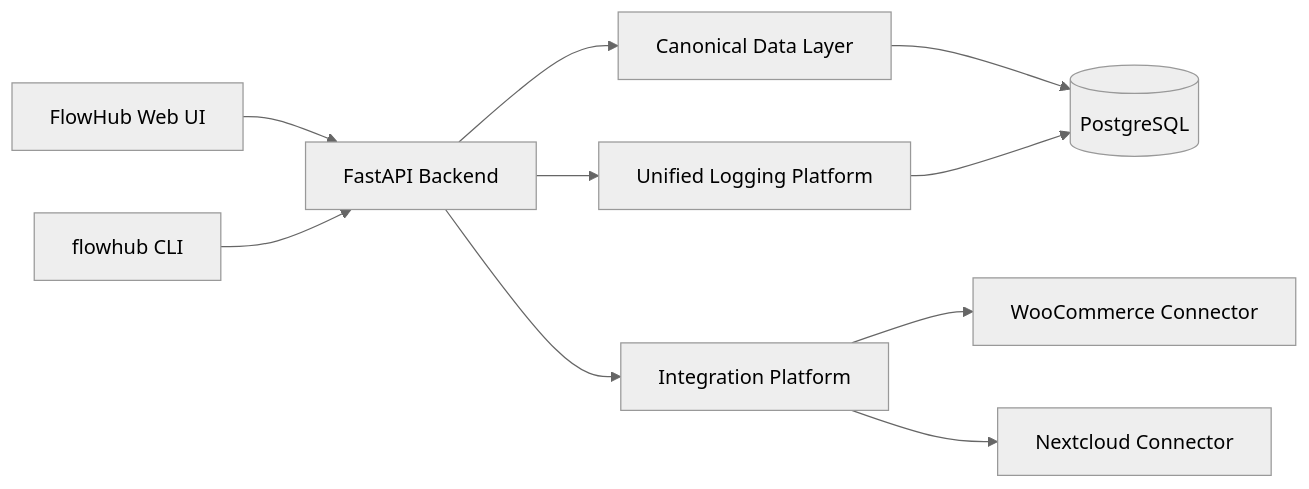
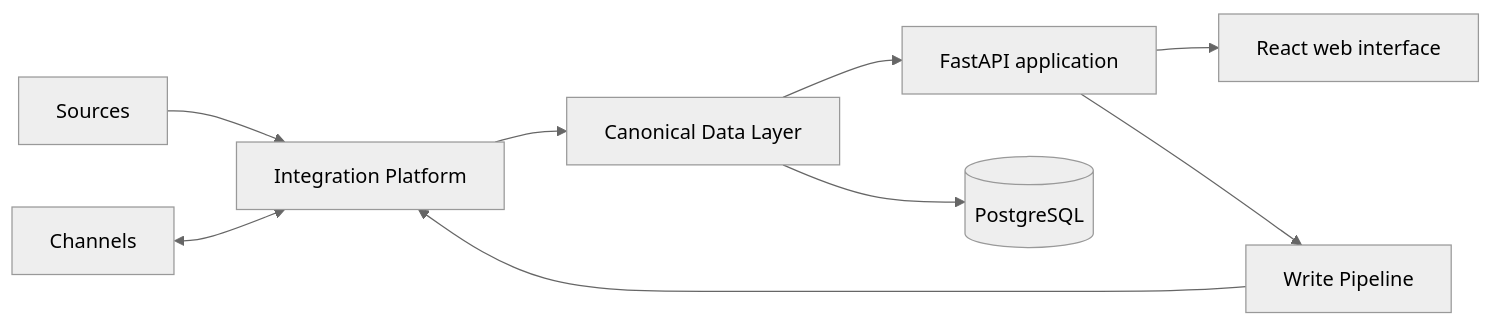
The first of 2 diagrams in README.md (nima-sadria/FlowHub), drawn with Mermaid (neutral theme) before and after one commit. The commit also changed other lines of this file, not shown here.

Commit message:
docs: refresh README for current FlowHub release

````diff
--- a/README.md
+++ b/README.md
@@ -25,12 +31,11 @@
 ```mermaid
 flowchart LR
-    UI[FlowHub Web UI] --> API[FastAPI Backend]
-    CLI[flowhub CLI] --> API
-    API --> DL[Canonical Data Layer]
-    API --> IP[Integration Platform]
-    API --> LOG[Unified Logging Platform]
-    IP --> WC[WooCommerce Connector]
-    IP --> NC[Nextcloud Connector]
+    SOURCES[Sources] --> IP[Integration Platform]
+    CHANNELS[Channels] <--> IP
+    IP --> DL[Canonical Data Layer]
+    DL --> API[FastAPI application]
+    API --> UI[React web interface]
+    API --> WP[Write Pipeline]
+    WP --> IP
     DL --> DB[(PostgreSQL)]
-    LOG --> DB
 ```
````
